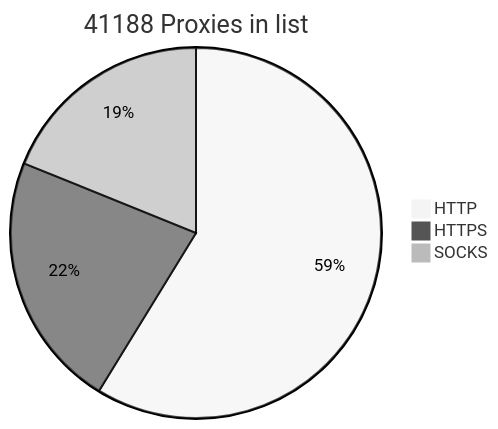
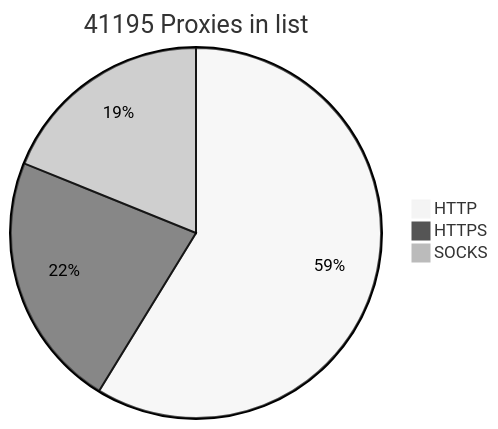
One commit to BlackSnowDot/proxylist-update-every-minute changed the diagram in README.md. Above: the diagram before and after it, drawn with Mermaid (neutral theme). The commit also changed other lines of this file, not shown here.

````diff
--- a/README.md
+++ b/README.md
@@ -2,6 +2,6 @@
 ```mermaid
-pie title 41188 Proxies in list
-    "HTTP" : 28402
-    "HTTPS": 10805
+pie title 41195 Proxies in list
+    "HTTP" : 28404
+    "HTTPS": 10810
     "SOCKS" : 9124
 ```
````
